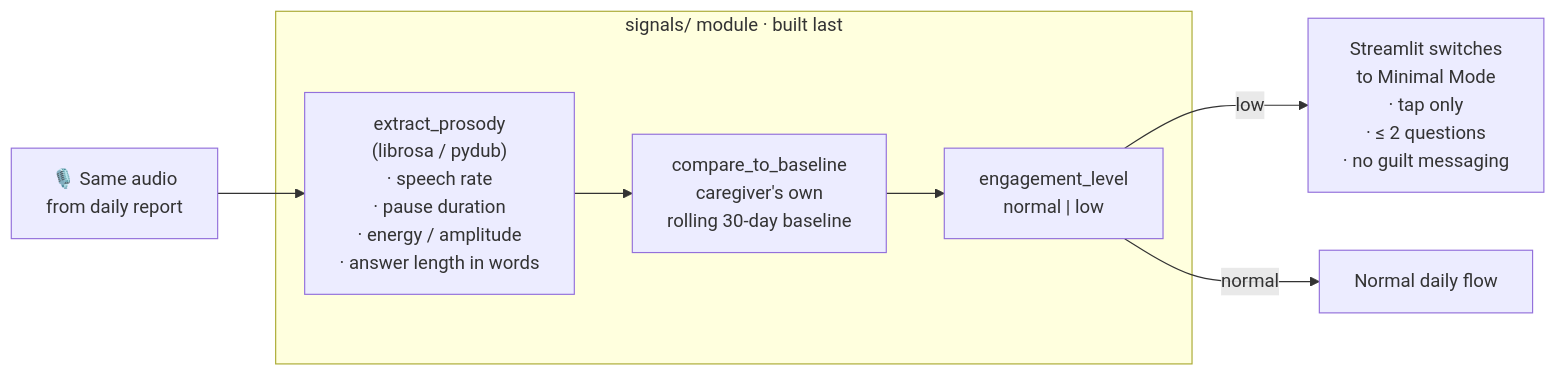
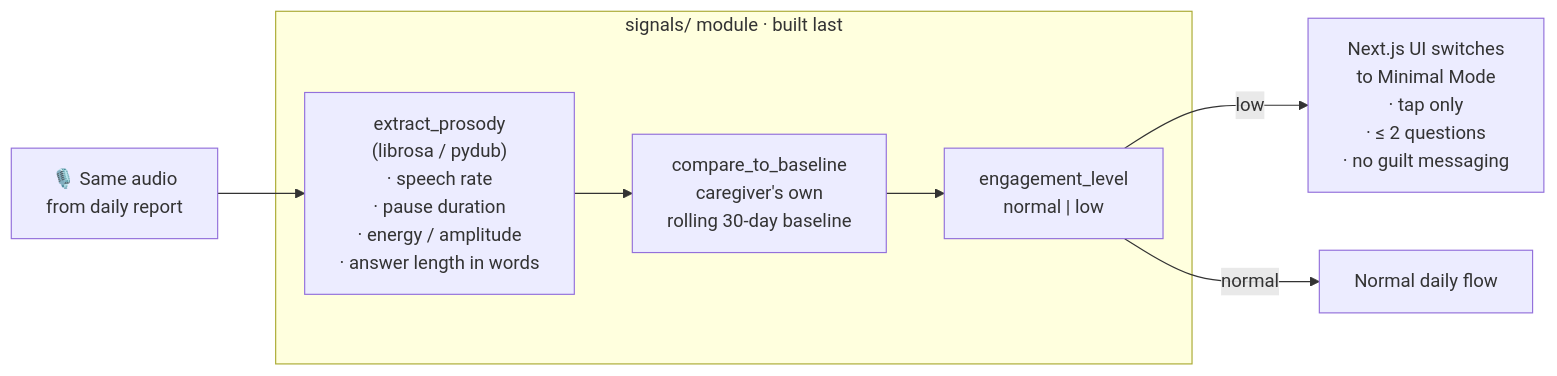
Before and after one commit to Amine-te/clover-v-sopra-steria-hackathon: the eighth of 8 diagrams in karis_architecture.md, drawn with Mermaid. The commit also changed other lines of this file and 2 other files, not shown here.

Commit message:
replace streamlit with react in the docs

````diff
--- a/karis_architecture.md
+++ b/karis_architecture.md
@@ -226,13 +226,13 @@
 ```mermaid
 flowchart LR
     AUDIO["🎙️ Same audio<br/>from daily report"] --> FEAT
 
     subgraph SIGNAL ["signals/ module  ·  built last"]
         FEAT["extract_prosody<br/>(librosa / pydub)<br/>· speech rate<br/>· pause duration<br/>· energy / amplitude<br/>· answer length in words"]
         FEAT --> COMPARE["compare_to_baseline<br/>caregiver's own<br/>rolling 30-day baseline"]
         COMPARE --> LEVEL["engagement_level<br/>normal | low"]
     end
 
-    LEVEL -->|low| MODE["Streamlit switches<br/>to Minimal Mode<br/>· tap only<br/>· ≤ 2 questions<br/>· no guilt messaging"]
+    LEVEL -->|low| MODE["Next.js UI switches<br/>to Minimal Mode<br/>· tap only<br/>· ≤ 2 questions<br/>· no guilt messaging"]
     LEVEL -->|normal| FULL["Normal daily flow"]
 ```
````
